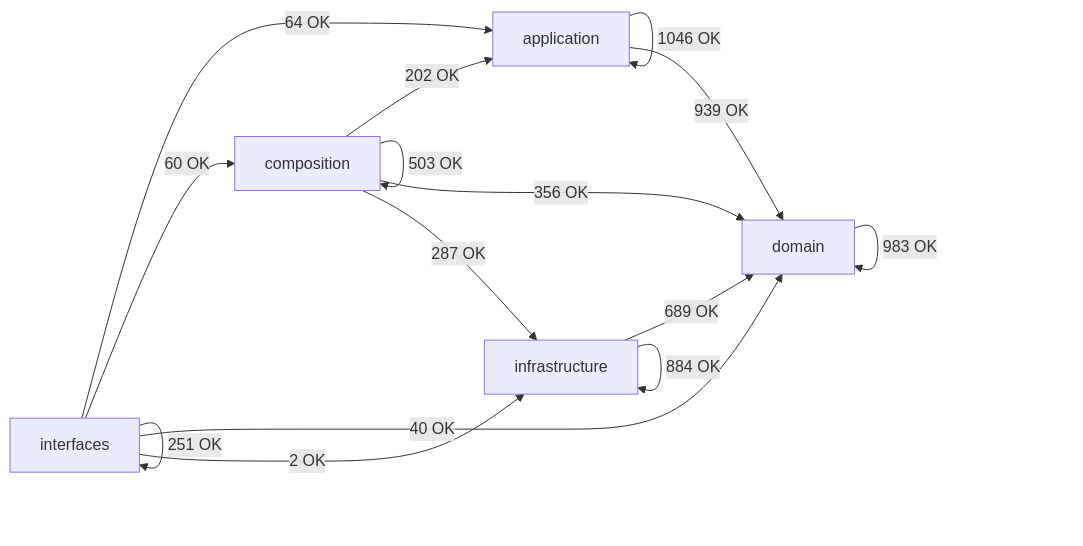
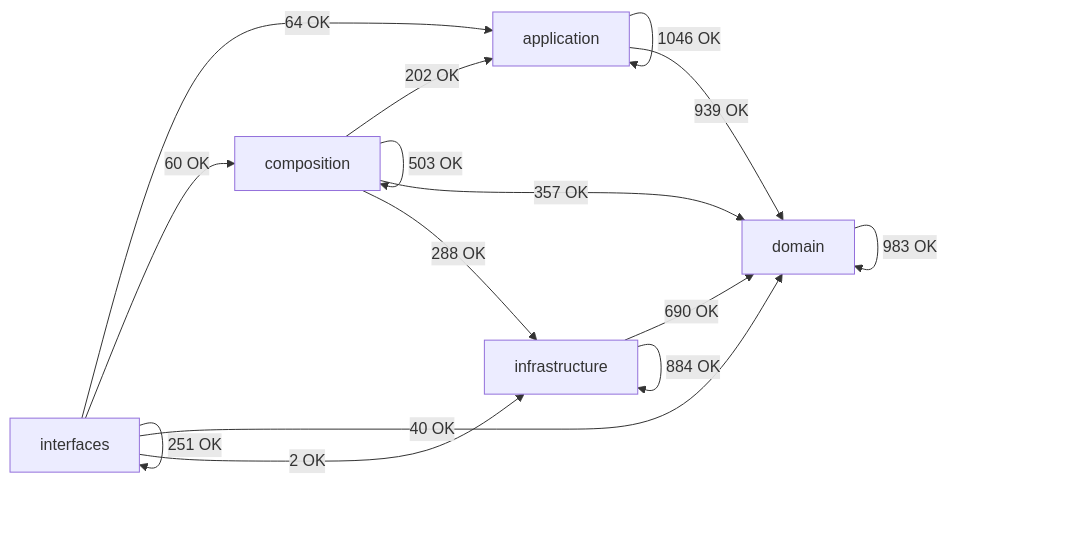
The diagram in docs/02-architecture/generated/module-dependency-map.md (SatoryKono/BioactivityDataAcquisition), drawn with Mermaid before and after one commit. The commit also changed other lines of this file and 18 other files, not shown here.

````diff
--- a/docs/02-architecture/generated/module-dependency-map.md
+++ b/docs/02-architecture/generated/module-dependency-map.md
@@ -17,22 +17,22 @@
 ```mermaid
 flowchart LR
     domain[domain]
     application[application]
     infrastructure[infrastructure]
     composition[composition]
     interfaces[interfaces]
     application -->|1046 OK| application
     application -->|939 OK| domain
     composition -->|202 OK| application
     composition -->|503 OK| composition
-    composition -->|356 OK| domain
-    composition -->|287 OK| infrastructure
+    composition -->|357 OK| domain
+    composition -->|288 OK| infrastructure
     domain -->|983 OK| domain
-    infrastructure -->|689 OK| domain
+    infrastructure -->|690 OK| domain
     infrastructure -->|884 OK| infrastructure
     interfaces -->|64 OK| application
     interfaces -->|60 OK| composition
     interfaces -->|40 OK| domain
     interfaces -->|2 OK| infrastructure
     interfaces -->|251 OK| interfaces
 ```
````
